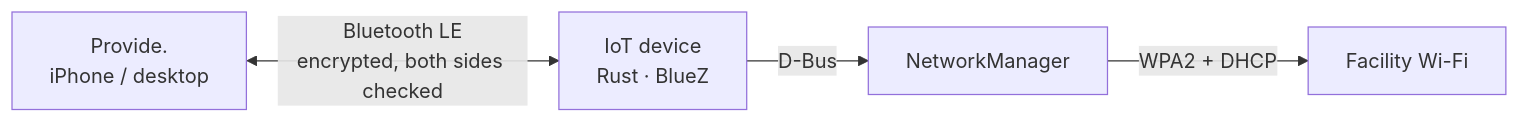
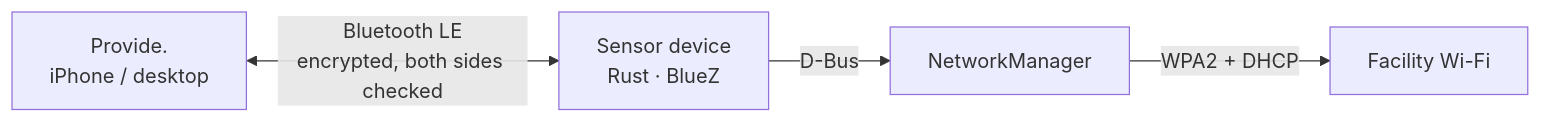
Before and after one commit to NoeBrt/Teton-Provide: the diagram in README.md, drawn with Mermaid. The commit also changed other lines of this file and 102 other files, not shown here.

````diff
--- a/README.md
+++ b/README.md
@@ -261,6 +261,6 @@
 ```mermaid
 flowchart LR
-    A["Provide.<br/>iPhone / desktop"] <-->|"Bluetooth LE<br/>encrypted, both sides checked"| B["IoT device<br/>Rust · BlueZ"]
+    A["Provide.<br/>iPhone / desktop"] <-->|"Bluetooth LE<br/>encrypted, both sides checked"| B["Sensor device<br/>Rust · BlueZ"]
     B -->|"D-Bus"| C[NetworkManager]
     C -->|"WPA2 + DHCP"| D[Facility Wi-Fi]
 ```
````
